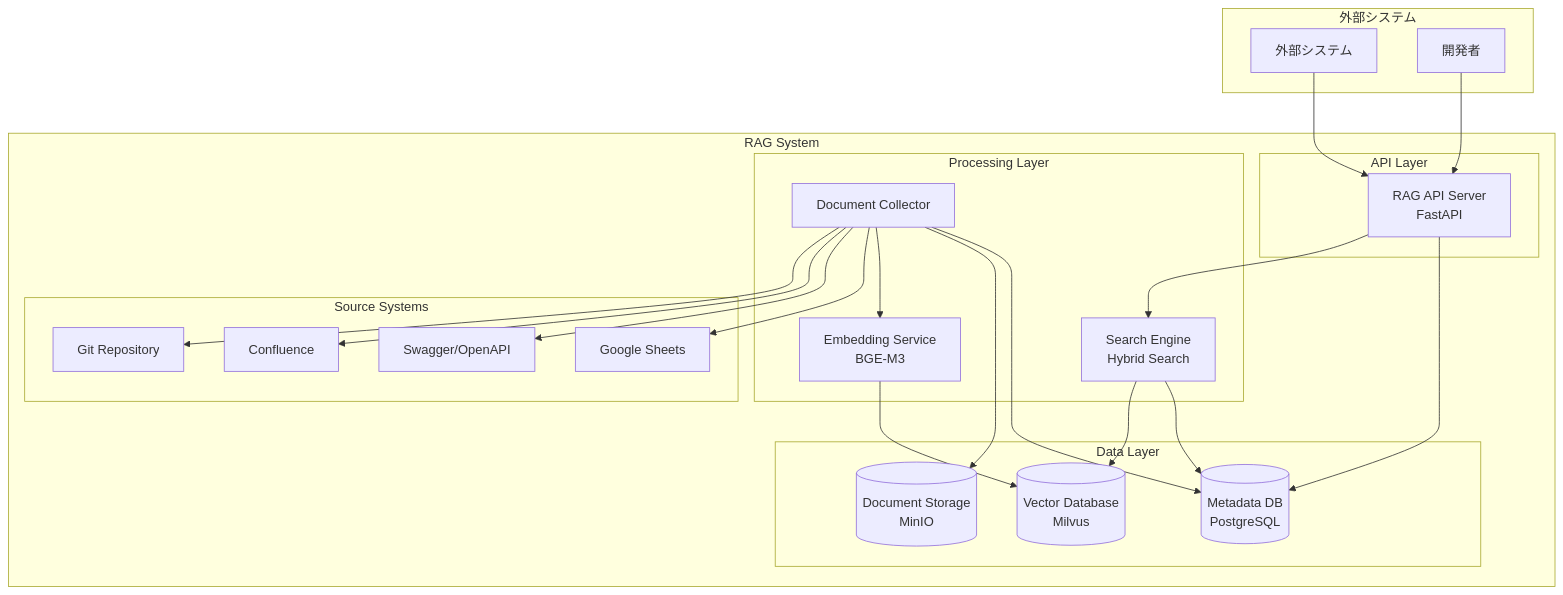
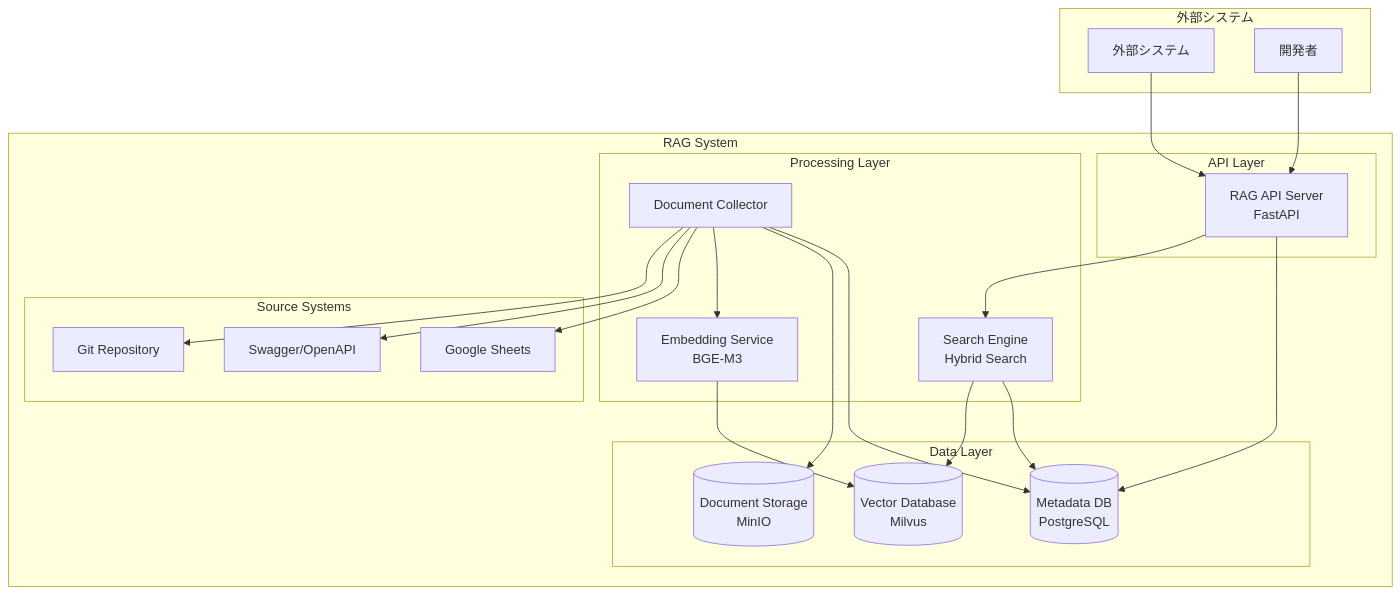
One commit to jangom2ok/spec_rag changed the first of 4 diagrams in docs/develop/detailed_design/SystemArchitecture.md. Above: the diagram before and after it, drawn with Mermaid. The commit also changed 7 other files, not shown here.

````diff
--- a/docs/develop/detailed_design/SystemArchitecture.md
+++ b/docs/develop/detailed_design/SystemArchitecture.md
@@ -10,51 +10,49 @@
 ```mermaid
 graph TB
     subgraph "外部システム"
         API_CLIENT[外部システム]
         DEV_USER[開発者]
     end
 
     subgraph "RAG System"
         subgraph "API Layer"
             RAG_API[RAG API Server<br/>FastAPI]
         end
 
         subgraph "Processing Layer"
             DOC_COLLECTOR[Document Collector]
             EMBEDDING_SERVICE[Embedding Service<br/>BGE-M3]
             SEARCH_ENGINE[Search Engine<br/>Hybrid Search]
         end
 
         subgraph "Data Layer"
             VECTOR_DB[(Vector Database<br/>Milvus)]
             METADATA_DB[(Metadata DB<br/>PostgreSQL)]
             DOC_STORAGE[(Document Storage<br/>MinIO)]
         end
 
         subgraph "Source Systems"
             GIT[Git Repository]
-            CONFLUENCE[Confluence]
             SWAGGER[Swagger/OpenAPI]
             SHEETS[Google Sheets]
         end
     end
 
     API_CLIENT --> RAG_API
     DEV_USER --> RAG_API
 
     RAG_API --> SEARCH_ENGINE
     RAG_API --> METADATA_DB
 
     DOC_COLLECTOR --> GIT
-    DOC_COLLECTOR --> CONFLUENCE
     DOC_COLLECTOR --> SWAGGER
     DOC_COLLECTOR --> SHEETS
 
     DOC_COLLECTOR --> EMBEDDING_SERVICE
     EMBEDDING_SERVICE --> VECTOR_DB
     DOC_COLLECTOR --> DOC_STORAGE
     DOC_COLLECTOR --> METADATA_DB
 
     SEARCH_ENGINE --> VECTOR_DB
     SEARCH_ENGINE --> METADATA_DB
 ```
````
